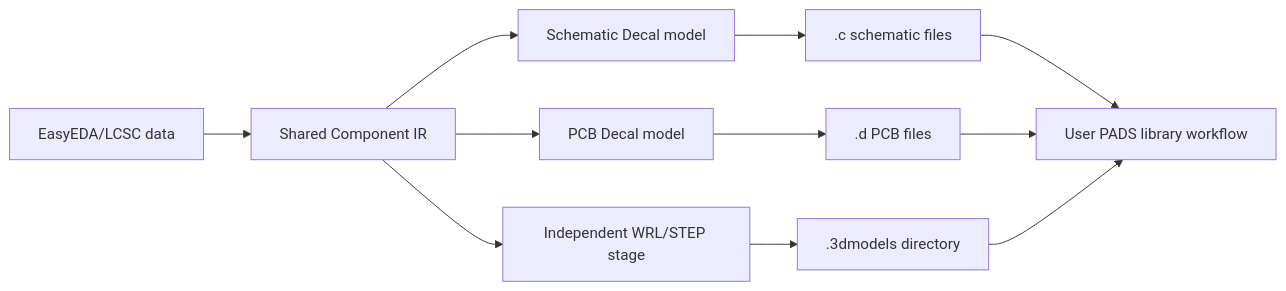
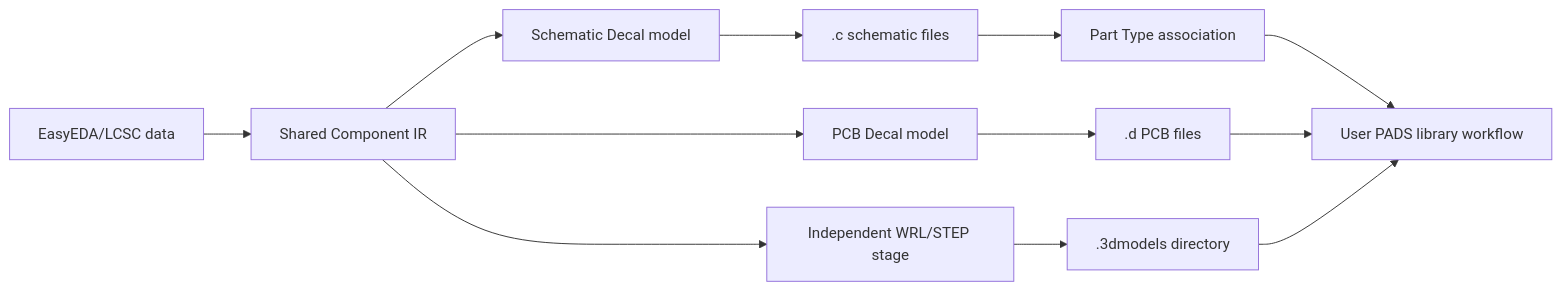
One commit to EasyKiconverter/EasyKiConverter changed the diagram in docs/developer/PADS_EXPORT_en.md. Above: the diagram before and after it, drawn with Mermaid. The commit also changed other lines of this file and 14 other files, not shown here.

First line of the commit message:
feat(pads): 增加 Part Type 器件关联

````diff
--- a/docs/developer/PADS_EXPORT_en.md
+++ b/docs/developer/PADS_EXPORT_en.md
@@ -7,13 +7,14 @@
 ```mermaid
 flowchart LR
     EasyEDA[EasyEDA/LCSC data] --> IR[Shared Component IR]
     IR --> Sch[Schematic Decal model]
     IR --> Pcb[PCB Decal model]
     IR --> Model3D[Independent WRL/STEP stage]
     Sch --> C[.c schematic files]
     Pcb --> D[.d PCB files]
     Model3D --> Models[.3dmodels directory]
-    C --> PADS[User PADS library workflow]
+    C --> Part[Part Type association]
+    Part --> PADS[User PADS library workflow]
     D --> PADS
     Models --> PADS
 ```
````
